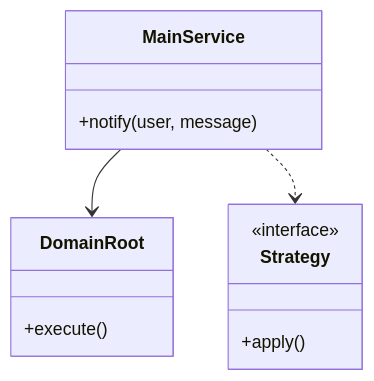
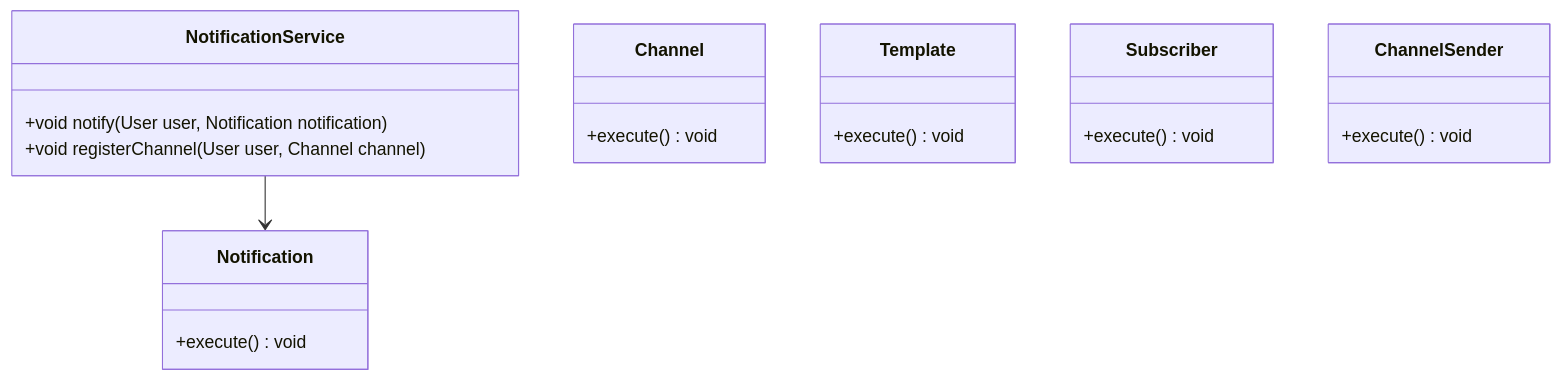
One commit to madhupaila/Interview-Prep-SSE changed the first of 3 diagrams in Learn/System Design - Low Level Design/02-classic-ood/questions/Q25-notification-system.md. Above: the diagram before and after it, drawn with Mermaid. The commit also changed other lines of this file and 491 other files, not shown here.

````diff
--- a/Learn/System Design - Low Level Design/02-classic-ood/questions/Q25-notification-system.md
+++ b/Learn/System Design - Low Level Design/02-classic-ood/questions/Q25-notification-system.md
@@ -75,15 +93,23 @@
 ```mermaid
 classDiagram
-    class MainService {
-        +notify(user, message)
+    class NotificationService {
+        +void notify(User user, Notification notification)
+        +void registerChannel(User user, Channel channel)
     }
-    class DomainRoot {
-        +execute()
+    class Notification {
+        +execute() void
     }
-    class Strategy {
-        <<interface>>
-        +apply()
+    class Channel {
+        +execute() void
     }
-    MainService --> DomainRoot
-    MainService ..> Strategy
+    class Template {
+        +execute() void
+    }
+    class Subscriber {
+        +execute() void
+    }
+    class ChannelSender {
+        +execute() void
+    }
+    NotificationService --> Notification
 ```
````
